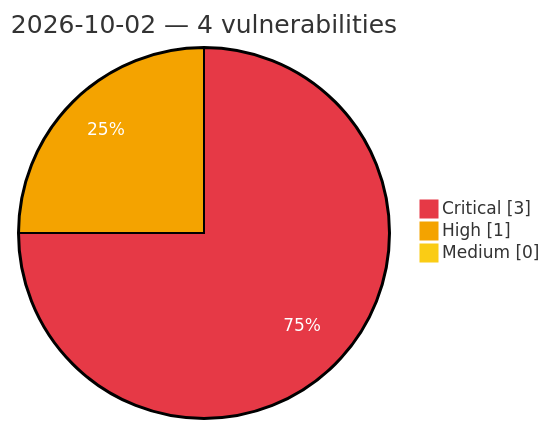
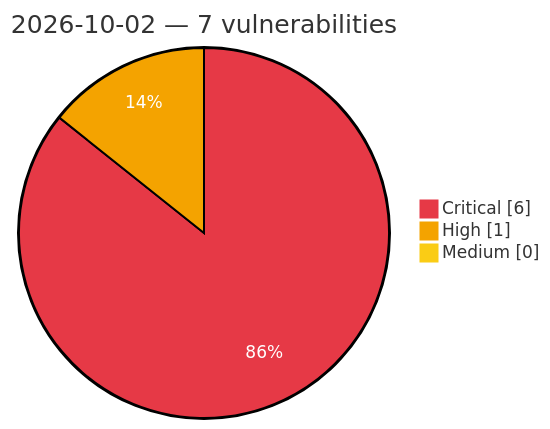
Before and after one commit to GhostX0X/vuln-tracker: the diagram in vulnerabilities/2026/October/2026-10-02.md, drawn with Mermaid. The commit also changed other lines of this file and 5 other files, not shown here.

````diff
--- a/vulnerabilities/2026/October/2026-10-02.md
+++ b/vulnerabilities/2026/October/2026-10-02.md
@@ -3,8 +3,8 @@
 ```mermaid
 %%{init: {'theme':'base', 'themeVariables': {'pie1':'#e63946', 'pie2':'#f4a300', 'pie3':'#facc15', 'pieOpacity':'1', 'pieOuterStrokeWidth':'2px', 'pieSectionTextColor':'#ffffff'}}}%%
 pie showData
-    title 2026-10-02 — 4 vulnerabilities
-    "Critical" : 3
+    title 2026-10-02 — 7 vulnerabilities
+    "Critical" : 6
     "High" : 1
     "Medium" : 0
 ```
````
